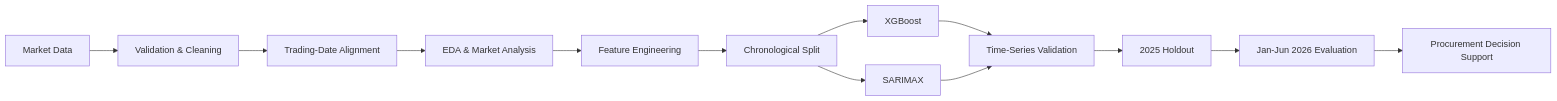
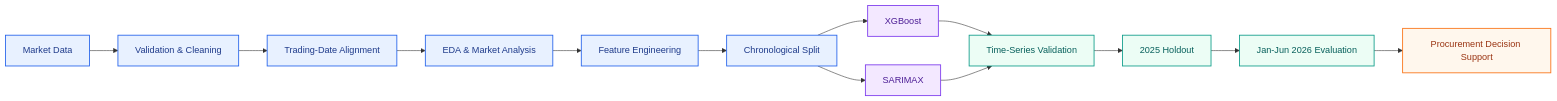
One commit to ShivamRajput22/Newcastle-coal-price-forecasting changed the first of 4 diagrams in README.md. Above: the diagram before and after it, drawn with Mermaid. The commit also changed other lines of this file, not shown here.

````diff
--- a/README.md
+++ b/README.md
@@ -193,18 +193,28 @@
 ```mermaid
 flowchart LR
     A["Market Data"] --> B["Validation & Cleaning"]
     B --> C["Trading-Date Alignment"]
     C --> D["EDA & Market Analysis"]
     D --> E["Feature Engineering"]
     E --> F["Chronological Split"]
 
     F --> G["XGBoost"]
     F --> H["SARIMAX"]
 
     G --> I["Time-Series Validation"]
     H --> I
 
     I --> J["2025 Holdout"]
     J --> K["Jan-Jun 2026 Evaluation"]
     K --> L["Procurement Decision Support"]
+
+    classDef data fill:#E8F1FF,stroke:#2563EB,color:#1E3A8A,stroke-width:1.5px;
+    classDef model fill:#F3E8FF,stroke:#7C3AED,color:#4C1D95,stroke-width:1.5px;
+    classDef eval fill:#ECFDF5,stroke:#0F9D8A,color:#065F5B,stroke-width:1.5px;
+    classDef business fill:#FFF7ED,stroke:#F97316,color:#9A3412,stroke-width:1.5px;
+
+    class A,B,C,D,E,F data;
+    class G,H model;
+    class I,J,K eval;
+    class L business;
 ```
````
